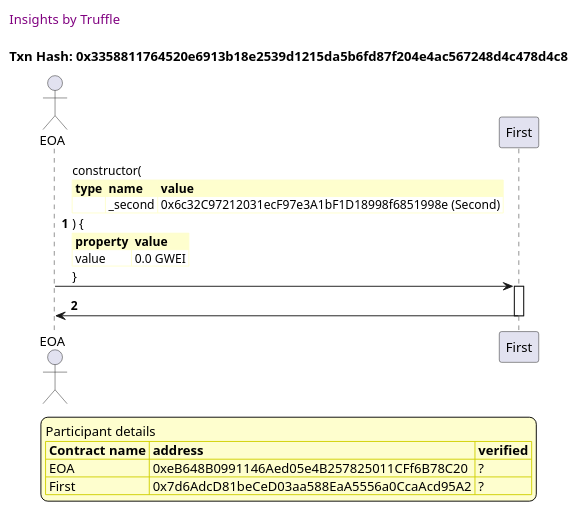
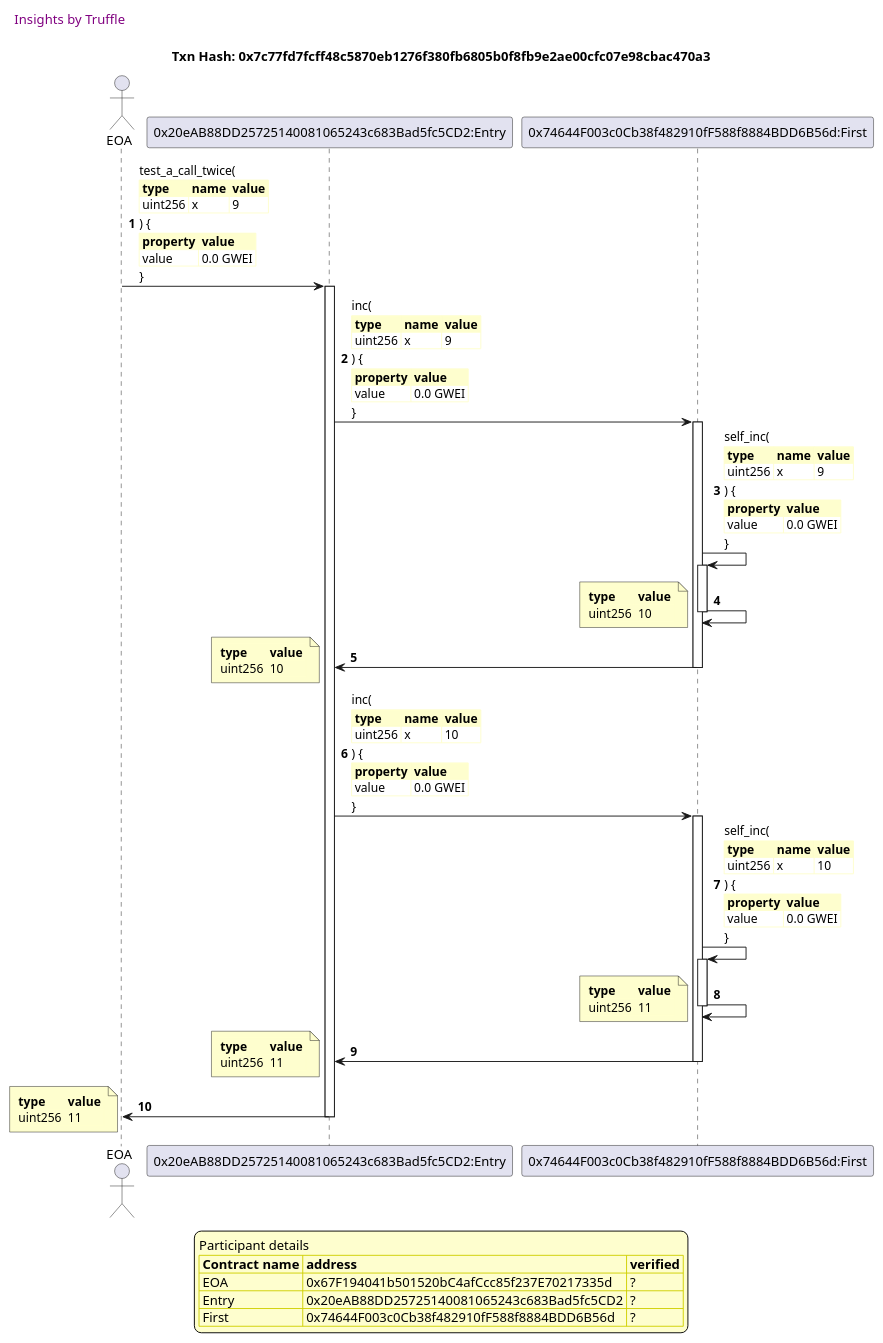
The second of 4 diagrams in truffle-seq/basics.md (trufflesuite/txlog-seedlings), drawn with PlantUML before and after one commit. The commit also changed other lines of this file and 3 other files, not shown here.

```diff
--- a/truffle-seq/basics.md
+++ b/truffle-seq/basics.md
@@ -80,30 +123,93 @@
 
 header Insights by Truffle
 
-title Txn Hash: 0x3358811764520e6913b18e2539d1215da5b6fd87f204e4ac567248d4c478d4c8
+title Txn Hash: 0x7c77fd7fcff48c5870eb1276f380fb6805b0f8fb9e2ae00cfc07e98cbac470a3
 
 
 actor EOA as "EOA"
 
-participant First as "First"
+participant Entry as "0x20eAB88DD25725140081065243c683Bad5fc5CD2:Entry"
 
-"EOA" -> "First" ++: constructor(\n\
+participant First as "0x74644F003c0Cb38f482910fF588f8884BDD6B56d:First"
+
+"EOA" -> "Entry" ++: test_a_call_twice(\n\
 <#FEFECE,#FEFECE>|= type |= name |= value |\n\
-|  | _second | 0x6c32C97212031ecF97e3A1bF1D18998f6851998e (Second) |\n\
+| uint256 | x | 9 |\n\
 ) {\n\
 <#FEFECE,#FEFECE>|= property |= value|\n\
 | value | 0.0 GWEI |\n\
 }
 
-"First" -> "EOA" --: 
+"Entry" -> "First" ++: inc(\n\
+<#FEFECE,#FEFECE>|= type |= name |= value |\n\
+| uint256 | x | 9 |\n\
+) {\n\
+<#FEFECE,#FEFECE>|= property |= value|\n\
+| value | 0.0 GWEI |\n\
+}
+
+"First" -> "First" ++: self_inc(\n\
+<#FEFECE,#FEFECE>|= type |= name |= value |\n\
+| uint256 | x | 9 |\n\
+) {\n\
+<#FEFECE,#FEFECE>|= property |= value|\n\
+| value | 0.0 GWEI |\n\
+}
+
+"First" -> "First" --: 
+note left #FEFECE
+<#FEFECE,#FEFECE>|= type |= value |
+| uint256 | 10 |
+end note
+
+"First" -> "Entry" --: 
+note left #FEFECE
+<#FEFECE,#FEFECE>|= type |= value |
+| uint256 | 10 |
+end note
+
+"Entry" -> "First" ++: inc(\n\
+<#FEFECE,#FEFECE>|= type |= name |= value |\n\
+| uint256 | x | 10 |\n\
+) {\n\
+<#FEFECE,#FEFECE>|= property |= value|\n\
+| value | 0.0 GWEI |\n\
+}
+
+"First" -> "First" ++: self_inc(\n\
+<#FEFECE,#FEFECE>|= type |= name |= value |\n\
+| uint256 | x | 10 |\n\
+) {\n\
+<#FEFECE,#FEFECE>|= property |= value|\n\
+| value | 0.0 GWEI |\n\
+}
+
+"First" -> "First" --: 
+note left #FEFECE
+<#FEFECE,#FEFECE>|= type |= value |
+| uint256 | 11 |
+end note
+
+"First" -> "Entry" --: 
+note left #FEFECE
+<#FEFECE,#FEFECE>|= type |= value |
+| uint256 | 11 |
+end note
+
+"Entry" -> "EOA" --: 
+note left #FEFECE
+<#FEFECE,#FEFECE>|= type |= value |
+| uint256 | 11 |
+end note
 
 
 
 legend
 Participant details
 <#FEFECE,#D0D000>|= Contract name |= address |= verified |
-<#FEFECE>| EOA | 0xeB648B0991146Aed05e4B257825011CFf6B78C20 | ? |
-<#FEFECE>| First | 0x7d6AdcD81beCeD03aa588EaA5556a0CcaAcd95A2 | ? |
+<#FEFECE>| EOA | 0x67F194041b501520bC4afCcc85f237E70217335d | ? |
+<#FEFECE>| Entry | 0x20eAB88DD25725140081065243c683Bad5fc5CD2 | ? |
+<#FEFECE>| First | 0x74644F003c0Cb38f482910fF588f8884BDD6B56d | ? |
 endlegend
 
 
```
